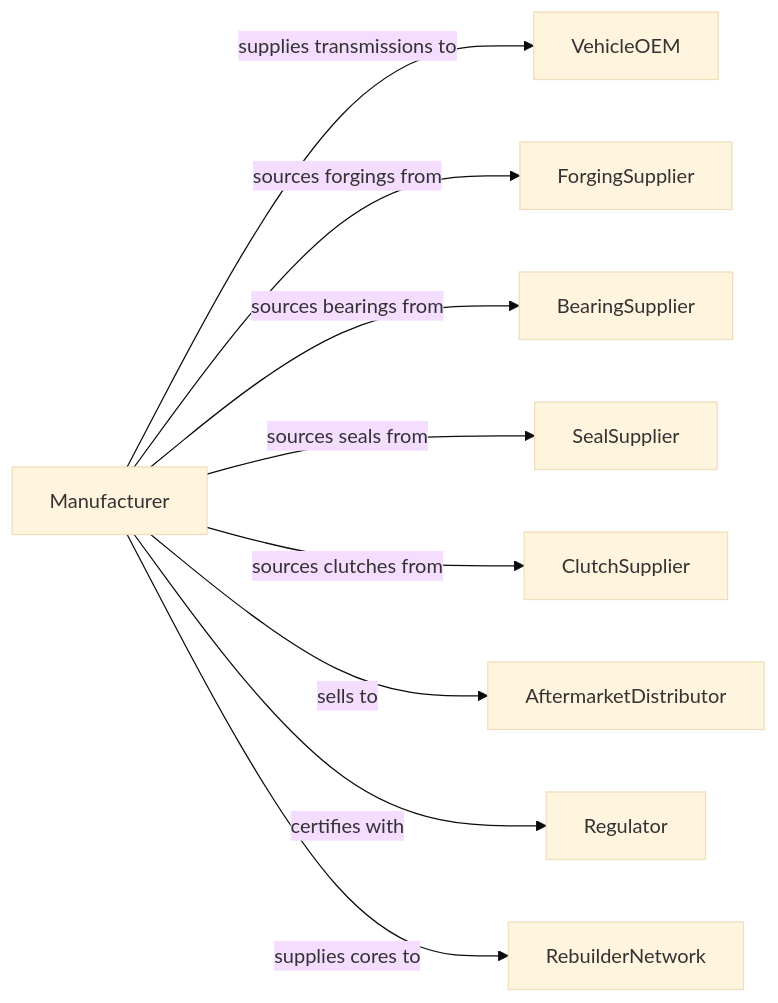
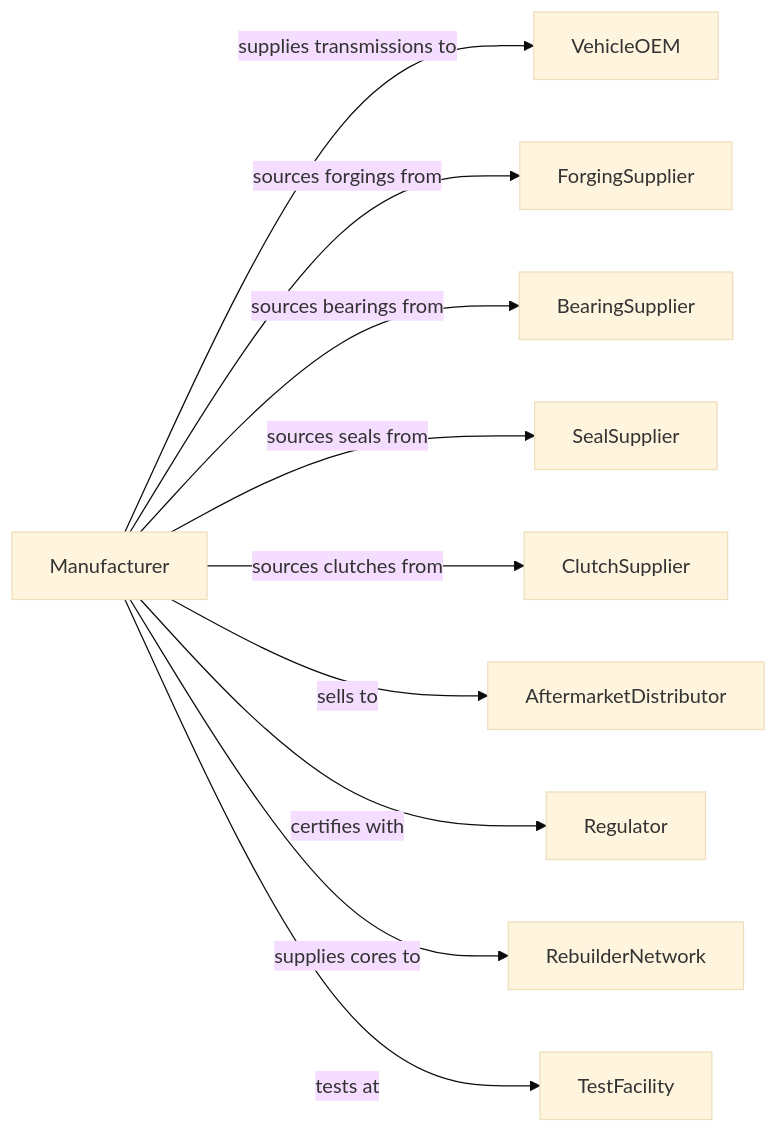
Before and after one commit to dot-org-ai/industries.org.ai: the second of 2 diagrams in Manufacturing/TransportationEquipmentManufacturing/MotorVehiclePartsManufacturing/MotorVehicleTransmissionAndPowerTrainPartsManufacturing.mdx, drawn with Mermaid (base theme). The commit also changed 588 other files, not shown here.

````diff
--- a/Manufacturing/TransportationEquipmentManufacturing/MotorVehiclePartsManufacturing/MotorVehicleTransmissionAndPowerTrainPartsManufacturing.mdx
+++ b/Manufacturing/TransportationEquipmentManufacturing/MotorVehiclePartsManufacturing/MotorVehicleTransmissionAndPowerTrainPartsManufacturing.mdx
@@ -128,13 +128,14 @@
 ```mermaid
 graph LR
     M[Manufacturer]
 
     M -->|supplies transmissions to| VehicleOEM
     M -->|sources forgings from| ForgingSupplier
     M -->|sources bearings from| BearingSupplier
     M -->|sources seals from| SealSupplier
     M -->|sources clutches from| ClutchSupplier
     M -->|sells to| AftermarketDistributor
     M -->|certifies with| Regulator
     M -->|supplies cores to| RebuilderNetwork
+    M -->|tests at| TestFacility
 ```
````
